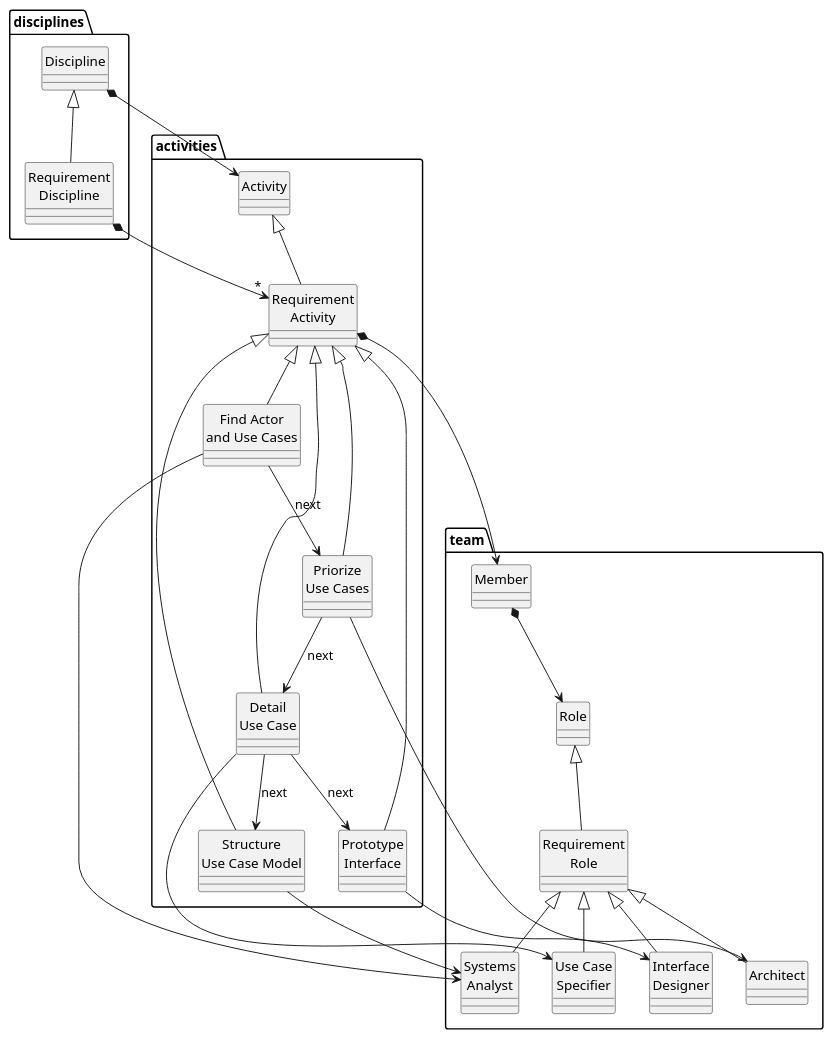
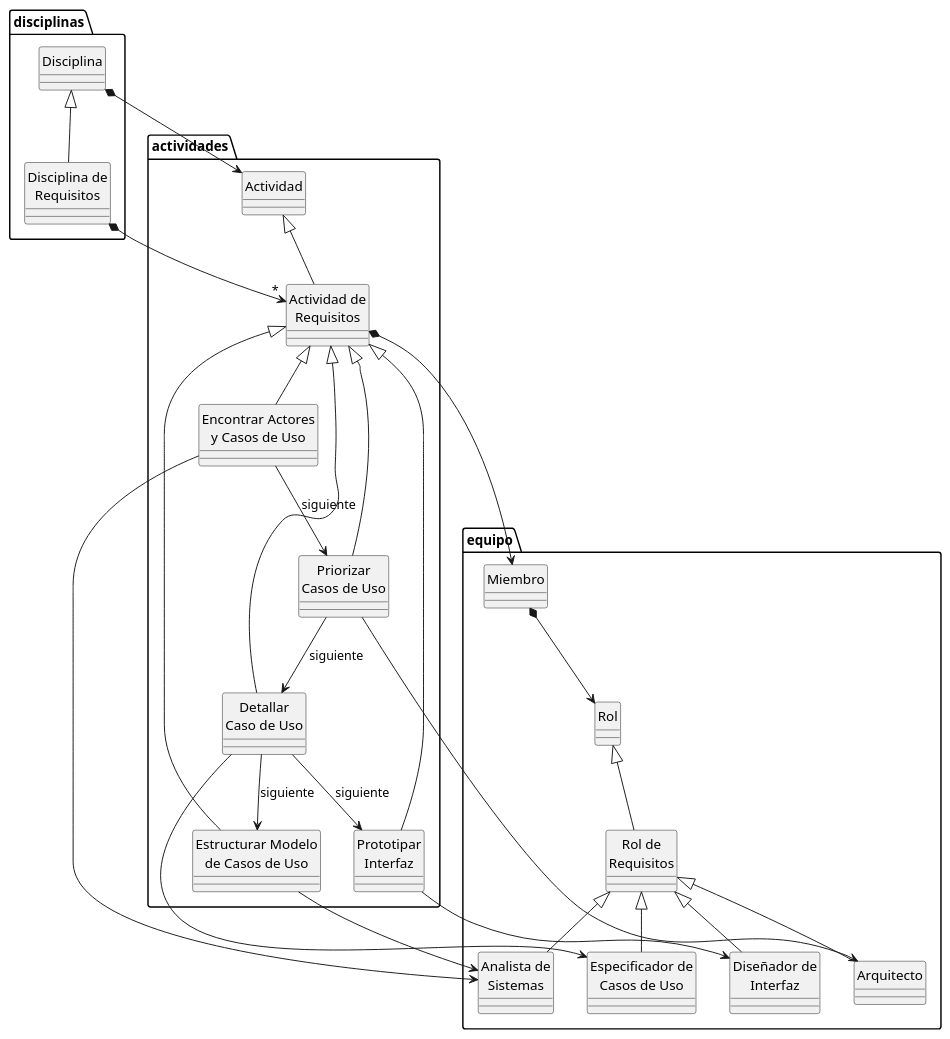
One commit to mmasias/IdSw1 changed the diagram in modelosUML/disciplinaRequisitos.puml. Above: the diagram before and after it, drawn with PlantUML. The commit also changed 9 other files, not shown here.

```diff
--- a/modelosUML/disciplinaRequisitos.puml
+++ b/modelosUML/disciplinaRequisitos.puml
@@ -1,65 +1,65 @@
 ' Autor: Prof. Luis Fernandez
 
 hide circle
 hide stereotype
 
-package disciplines <<disciplines>> {
-class Discipline <<disciplines>>
-class RequirementDiscipline as "Requirement\nDiscipline" <<disciplines>>
+package disciplinas {
+class Disciplina
+class DisciplinaRequisitos as "Disciplina de\nRequisitos"
 }
 
-package activities <<activities>> {
-class Activity  <<activities>>
-class RequirementActivity as "Requirement\nActivity" <<activities>>
-class FindActorUseCases as "Find Actor\nand Use Cases"  <<activities>>
-class PriorizeUseCases as "Priorize\nUse Cases"  <<activities>>
-class DetailUseCase as "Detail\nUse Case"  <<activities>>
-class StructureUseCaseModel as "Structure\nUse Case Model"  <<activities>>
-class PrototypeInterface as "Prototype\nInterface"  <<activities>>
+package actividades {
+class Actividad
+class ActividadRequisitos as "Actividad de\nRequisitos"
+class EncontrarActoresCasosUso as "Encontrar Actores\ny Casos de Uso"
+class PriorizarCasosUso as "Priorizar\nCasos de Uso"
+class DetallarCasoUso as "Detallar\nCaso de Uso"
+class EstructurarModeloCasosUso as "Estructurar Modelo\nde Casos de Uso"
+class PrototiparInterfaz as "Prototipar\nInterfaz"
 }
 
-package team <<team>> {
-class Member <<team>>
-class Role <<team>>
-class RequirementRole as "Requirement\nRole" <<team>>
-class SystemsAnalyst as "Systems\nAnalyst" <<team>>
-class UseCaseSpecifier as "Use Case\nSpecifier" <<team>>
-class Architect <<team>>
-class InterfaceDesigner as "Interface\nDesigner" <<team>>
+package equipo {
+class Miembro
+class Rol
+class RolRequisitos as "Rol de\nRequisitos"
+class AnalistaSistemas as "Analista de\nSistemas"
+class EspecificadorCasosUso as "Especificador de\nCasos de Uso"
+class Arquitecto
+class DiseñadorInterfaz as "Diseñador de\nInterfaz"
 }
 
-Discipline *--> Activity
+Disciplina *--> Actividad
 
-Discipline <|-- RequirementDiscipline
-RequirementDiscipline *--> "*" RequirementActivity
+Disciplina <|-- DisciplinaRequisitos
+DisciplinaRequisitos *--> "*" ActividadRequisitos
 
-Activity <|-- RequirementActivity
-RequirementActivity *--> Member
+Actividad <|-- ActividadRequisitos
+ActividadRequisitos *--> Miembro
 
-Member *--> Role
+Miembro *--> Rol
 
-Role <|-- RequirementRole
+Rol <|-- RolRequisitos
 
-RequirementActivity <|-- FindActorUseCases
-FindActorUseCases --> SystemsAnalyst
-FindActorUseCases  --> PriorizeUseCases :next
+ActividadRequisitos <|-- EncontrarActoresCasosUso
+EncontrarActoresCasosUso --> AnalistaSistemas
+EncontrarActoresCasosUso  --> PriorizarCasosUso :siguiente
 
-RequirementActivity <|-- PriorizeUseCases
-PriorizeUseCases --> Architect
-PriorizeUseCases  --> DetailUseCase :next
+ActividadRequisitos <|-- PriorizarCasosUso
+PriorizarCasosUso --> Arquitecto
+PriorizarCasosUso  --> DetallarCasoUso :siguiente
 
-RequirementActivity <|-- DetailUseCase
-DetailUseCase --> UseCaseSpecifier
-DetailUseCase  --> StructureUseCaseModel :next
-DetailUseCase  --> PrototypeInterface :next
+ActividadRequisitos <|-- DetallarCasoUso
+DetallarCasoUso --> EspecificadorCasosUso
+DetallarCasoUso  --> EstructurarModeloCasosUso :siguiente
+DetallarCasoUso  --> PrototiparInterfaz :siguiente
 
-RequirementActivity <|-- StructureUseCaseModel
-StructureUseCaseModel --> SystemsAnalyst
+ActividadRequisitos <|-- EstructurarModeloCasosUso
+EstructurarModeloCasosUso --> AnalistaSistemas
 
-RequirementActivity <|-- PrototypeInterface
-PrototypeInterface --> InterfaceDesigner
+ActividadRequisitos <|-- PrototiparInterfaz
+PrototiparInterfaz --> DiseñadorInterfaz
 
-RequirementRole <|-- SystemsAnalyst
-RequirementRole <|-- UseCaseSpecifier
-RequirementRole <|-- Architect
-RequirementRole <|-- InterfaceDesigner
+RolRequisitos <|-- AnalistaSistemas
+RolRequisitos <|-- EspecificadorCasosUso
+RolRequisitos <|-- Arquitecto
+RolRequisitos <|-- DiseñadorInterfaz
```
